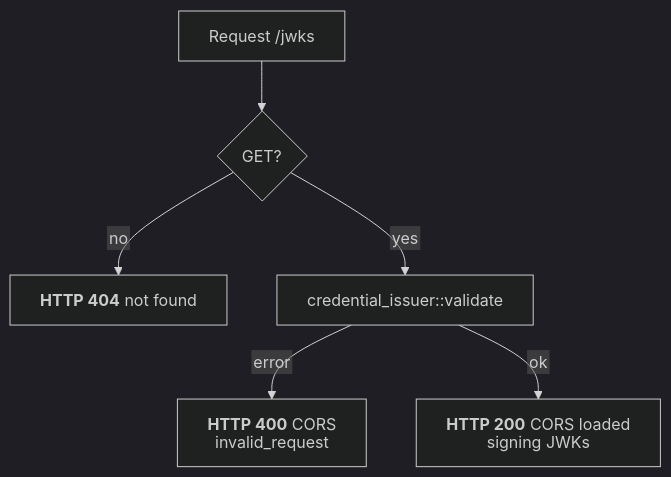
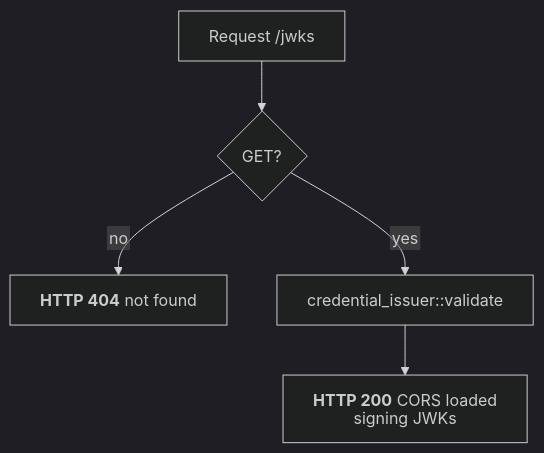
Before and after one commit to malach-it/kagome: the diagram in docs/flows/openid4vci/jwks_endpoint.mmd, drawn with Mermaid (dark theme). The commit also changed 23 other files, not shown here.

```diff
--- a/docs/flows/openid4vci/jwks_endpoint.mmd
+++ b/docs/flows/openid4vci/jwks_endpoint.mmd
@@ -1,7 +1,6 @@
 %%{init: {"htmlLabels": false, "flowchart": {"htmlLabels": false}}}%%
 flowchart TD
     start[Request /jwks] --> method{GET?}
     method -- no --> not_found["`**HTTP 404** not found`"]
     method -- yes --> issuer["credential_issuer::validate"]
-    issuer -- error --> error["`**HTTP 400** CORS invalid_request`"]
-    issuer -- ok --> success["`**HTTP 200** CORS loaded signing JWKs`"]
+    issuer --> success["`**HTTP 200** CORS loaded signing JWKs`"]
```
